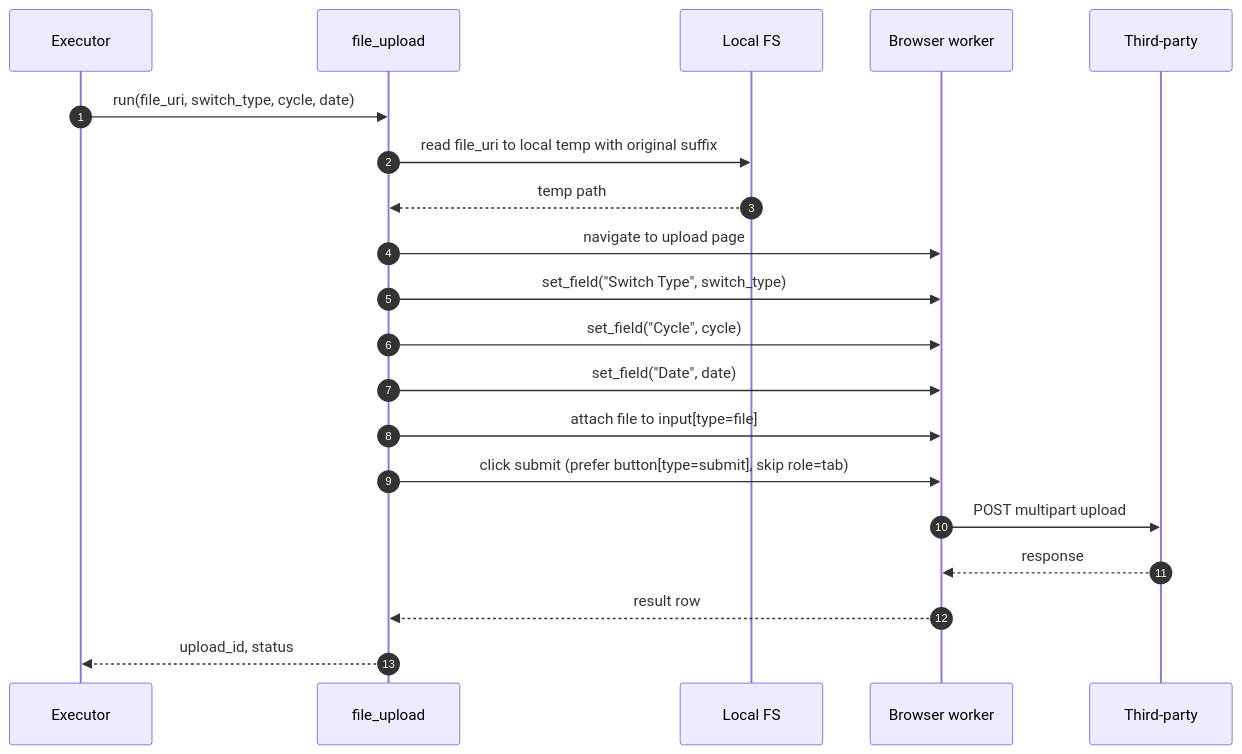
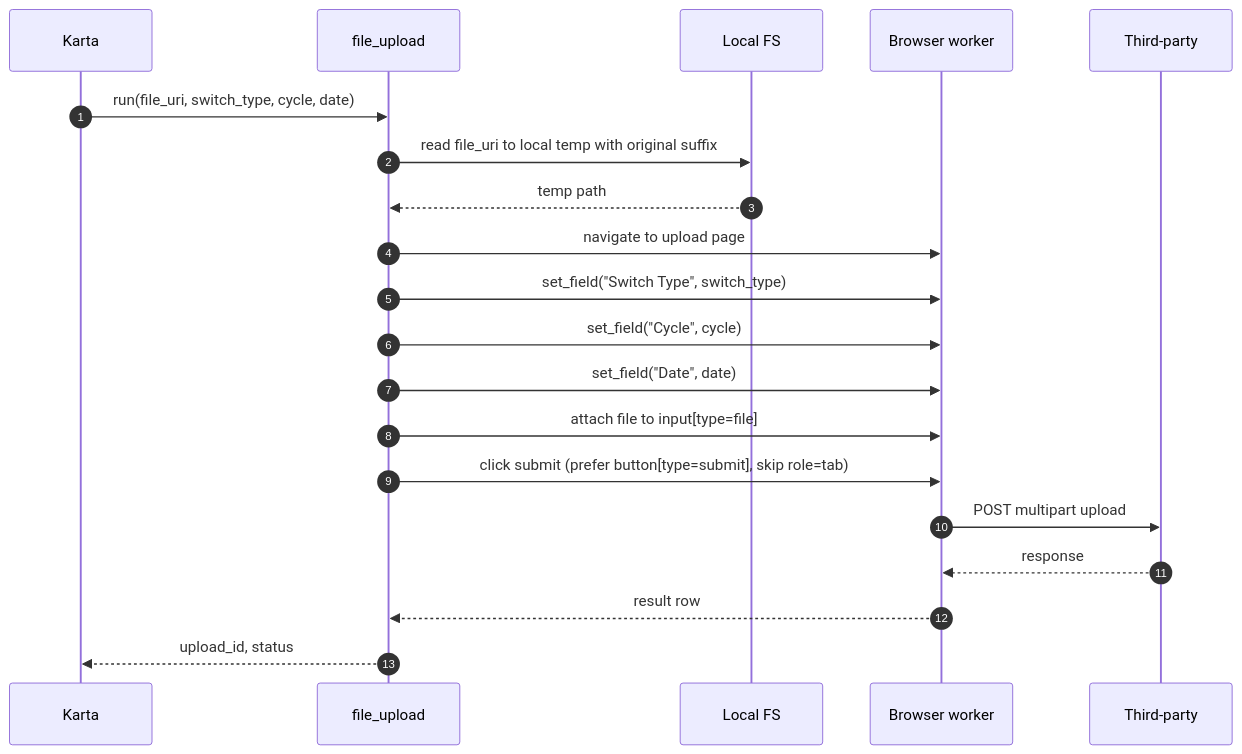
One commit to so-weak/Aakaar changed the eighth of 12 diagrams in documentation/src/02-LLD.md. Above: the diagram before and after it, drawn with Mermaid. The commit also changed other lines of this file and 56 other files, not shown here.

````diff
--- a/documentation/src/02-LLD.md
+++ b/documentation/src/02-LLD.md
@@ -281,23 +276,23 @@
 ```mermaid
 sequenceDiagram
   autonumber
-  participant E as Executor
+  participant E as Karta
   participant U as file_upload
   participant FS as Local FS
   participant B as Browser worker
   participant API as Third-party
 
   E->>U: run(file_uri, switch_type, cycle, date)
   U->>FS: read file_uri to local temp with original suffix
   FS-->>U: temp path
   U->>B: navigate to upload page
   U->>B: set_field("Switch Type", switch_type)
   U->>B: set_field("Cycle", cycle)
   U->>B: set_field("Date", date)
   U->>B: attach file to input[type=file]
   U->>B: click submit (prefer button[type=submit], skip role=tab)
   B->>API: POST multipart upload
   API-->>B: response
   B-->>U: result row
   U-->>E: upload_id, status
 ```
````
